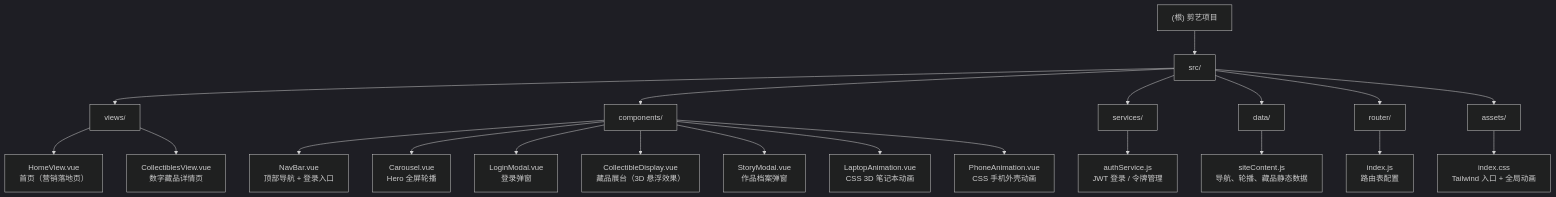
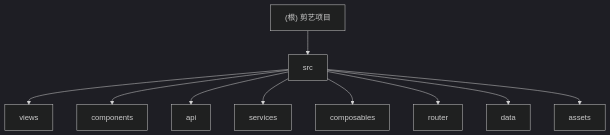
Before and after one commit to hui89024/art: the diagram in CLAUDE.md, drawn with Mermaid (dark theme). The commit also changed other lines of this file and 8 other files, not shown here.

````diff
--- a/CLAUDE.md
+++ b/CLAUDE.md
@@ -35,31 +34,21 @@
 ```mermaid
 graph TD
-    A["(根) 剪艺项目"] --> B["src/"]
-    B --> C["views/"]
-    B --> D["components/"]
-    B --> E["services/"]
-    B --> F["data/"]
-    B --> G["router/"]
-    B --> H["assets/"]
-
-    C --> C1["HomeView.vue\n首页（营销落地页）"]
-    C --> C2["CollectiblesView.vue\n数字藏品详情页"]
-
-    D --> D1["NavBar.vue\n顶部导航 + 登录入口"]
-    D --> D2["Carousel.vue\nHero 全屏轮播"]
-    D --> D3["LoginModal.vue\n登录弹窗"]
-    D --> D4["CollectibleDisplay.vue\n藏品展台（3D 悬浮效果）"]
-    D --> D5["StoryModal.vue\n作品档案弹窗"]
-    D --> D6["LaptopAnimation.vue\nCSS 3D 笔记本动画"]
-    D --> D7["PhoneAnimation.vue\nCSS 手机外壳动画"]
-
-    E --> E1["authService.js\nJWT 登录 / 令牌管理"]
-    F --> F1["siteContent.js\n导航、轮播、藏品静态数据"]
-    G --> G1["index.js\n路由表配置"]
-    H --> H2["index.css\nTailwind 入口 + 全局动画"]
+    A["(根) 剪艺项目"] --> B["src"]
+    B --> C["views"]
+    B --> D["components"]
+    B --> E["api"]
+    B --> F["services"]
+    B --> G["composables"]
+    B --> H["router"]
+    B --> I["data"]
+    B --> J["assets"]
 
     click C "./src/views/CLAUDE.md" "查看 views 模块文档"
     click D "./src/components/CLAUDE.md" "查看 components 模块文档"
-    click E "./src/services/CLAUDE.md" "查看 services 模块文档"
-    click F "./src/data/CLAUDE.md" "查看 data 模块文档"
+    click E "./src/api/CLAUDE.md" "查看 api 模块文档"
+    click F "./src/services/CLAUDE.md" "查看 services 模块文档"
+    click G "./src/composables/CLAUDE.md" "查看 composables 模块文档"
+    click H "./src/router/CLAUDE.md" "查看 router 模块文档"
+    click I "./src/data/CLAUDE.md" "查看 data 模块文档"
+    click J "./src/assets/CLAUDE.md" "查看 assets 模块文档"
 ```
````
